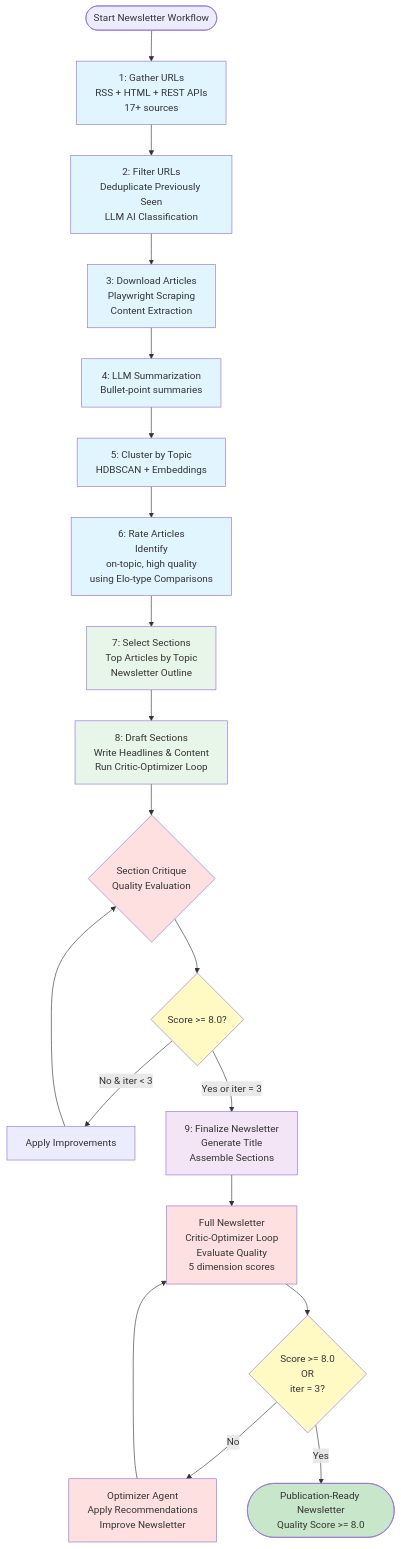
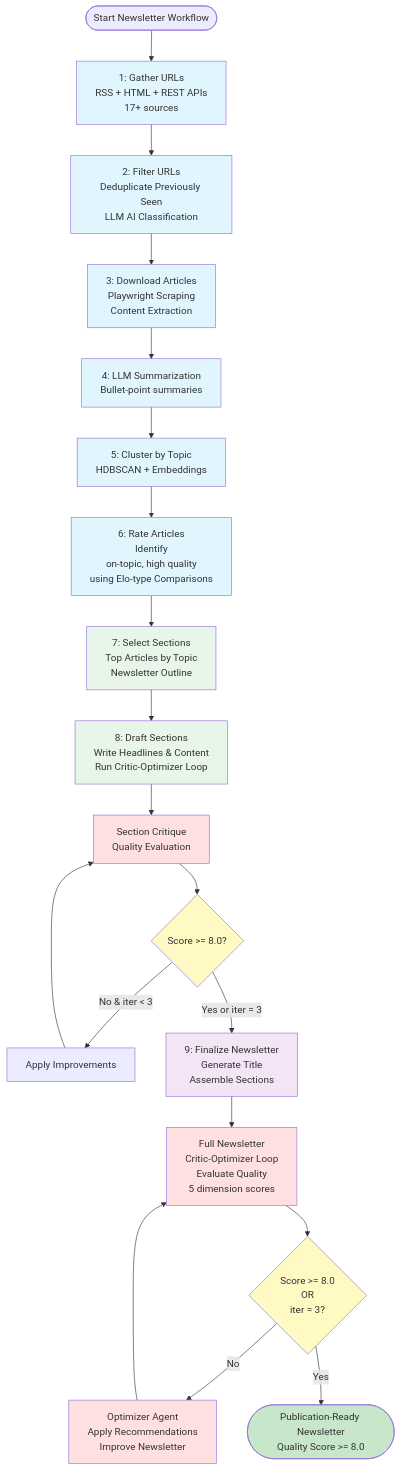
One commit to druce/OpenAIAgentsSDK changed the diagram in README.md. Above: the diagram before and after it, drawn with Mermaid.

````diff
--- a/README.md
+++ b/README.md
@@ -9,49 +9,49 @@
 ```mermaid
   flowchart TD
       Start([Start Newsletter Workflow]) --> Step1[1: Gather URLs<br/>RSS + HTML + REST APIs<br/>17+ sources]
 
       Step1 --> Step2[2: Filter URLs<br/>Deduplicate Previously Seen<br/>LLM AI Classification<br/>]
 
       Step2 --> Step3[3: Download Articles<br/>Playwright Scraping<br/>Content Extraction]
 
       Step3 --> Step4[4: LLM Summarization<br/>Bullet-point summaries]
 
       Step4 --> Step5[5: Cluster by Topic<br/>HDBSCAN + Embeddings]
 
       Step5 --> Step6[6: Rate Articles<br/>Identify<br/>on-topic, high quality<br/>using Elo-type Comparisons]
 
       Step6 --> Step7[7: Select Sections<br/>Top Articles by Topic<br/>Newsletter Outline]
 
       Step7 --> Step8[8: Draft Sections<br/>Write Headlines & Content<br/>Run Critic-Optimizer Loop]
 
-      Step8 --> Critique8{Section Critique<br/>Quality Evaluation}
+      Step8 --> Critique8[Section Critique<br/>Quality Evaluation]
       Critique8 --> Check8{Score >= 8.0?}
       Check8 -->|No & iter < 3| Improve8[Apply Improvements]
       Improve8 --> Critique8
       Check8 -->|Yes or iter = 3| Step9[9: Finalize Newsletter<br/>Generate Title<br/>Assemble Sections]
 
       Step9 --> Critique9[Full Newsletter<br/>Critic-Optimizer Loop<br/>Evaluate Quality<br/>5 dimension scores]
 
       Critique9 --> Check9{Score >= 8.0<br/>OR<br/>iter = 3?}
 
       Check9 -->|No| Optimizer[Optimizer Agent<br/>Apply Recommendations<br/>Improve Newsletter]
       Optimizer --> Critique9
 
       Check9 -->|Yes| Final([Publication-Ready Newsletter<br/>Quality Score >= 8.0])
 
       style Step1 fill:#e1f5ff
       style Step2 fill:#e1f5ff
       style Step3 fill:#e1f5ff
       style Step4 fill:#e1f5ff
       style Step5 fill:#e1f5ff
       style Step6 fill:#e1f5ff
       style Step7 fill:#e8f5e9
       style Step8 fill:#e8f5e9
       style Step9 fill:#f3e5f5
       style Critique8 fill:#ffe0e0
       style Critique9 fill:#ffe0e0
       style Optimizer fill:#ffe0e0
       style Check8 fill:#fff9c4
       style Check9 fill:#fff9c4
       style Final fill:#c8e6c9
   ```
````
